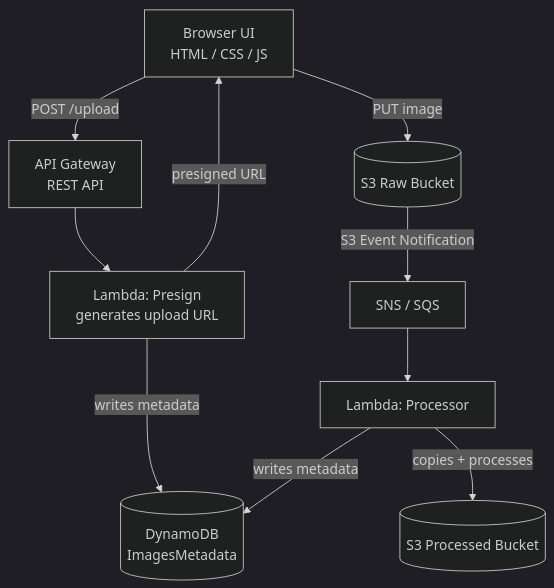
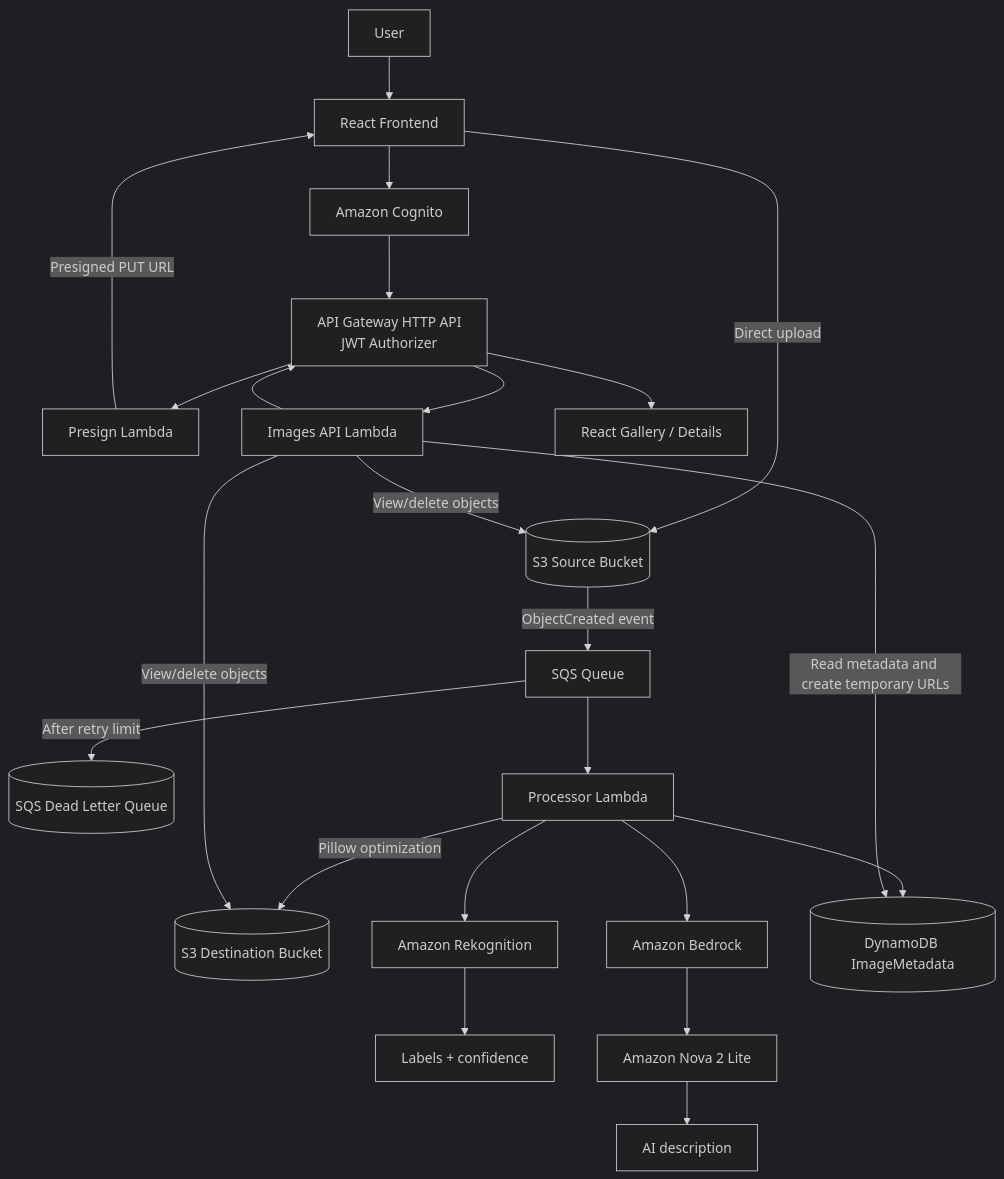
The diagram in README.md (shagunkimothi/eventdriven-imageapp), drawn with Mermaid (dark theme) before and after one commit. The commit also changed other lines of this file and 327 other files, not shown here.

````diff
--- a/README.md
+++ b/README.md
@@ -41,12 +27,27 @@
 ```mermaid
 flowchart TD
-    A[Browser UI<br/>HTML / CSS / JS] -->|POST /upload| B[API Gateway<br/>REST API]
-    B --> C[Lambda: Presign<br/>generates upload URL]
-    C -->|writes metadata| D[(DynamoDB<br/>ImagesMetadata)]
-    C -->|presigned URL| A
-    A -->|PUT image| E[(S3 Raw Bucket)]
-    E -->|S3 Event Notification| F[SNS / SQS]
-    F --> G[Lambda: Processor]
-    G -->|copies + processes| H[(S3 Processed Bucket)]
-    G -->|writes metadata| D
+    U[User] --> F[React Frontend]
+    F --> C[Amazon Cognito]
+    C --> A[API Gateway HTTP API<br/>JWT Authorizer]
+    A --> P[Presign Lambda]
+    P -->|Presigned PUT URL| F
+    F -->|Direct upload| S[(S3 Source Bucket)]
+    S -->|ObjectCreated event| Q[SQS Queue]
+    Q -->|After retry limit| DLQ[(SQS Dead Letter Queue)]
+    Q --> R[Processor Lambda]
+
+    R -->|Pillow optimization| D[(S3 Destination Bucket)]
+    R --> K[Amazon Rekognition]
+    K --> L[Labels + confidence]
+    R --> B[Amazon Bedrock]
+    B --> N[Amazon Nova 2 Lite]
+    N --> T[AI description]
+    R --> M[(DynamoDB ImageMetadata)]
+
+    A --> I[Images API Lambda]
+    I -->|Read metadata and create temporary URLs| M
+    I -->|View/delete objects| S
+    I -->|View/delete objects| D
+    I --> A
+    A --> G[React Gallery / Details]
 ```
````
